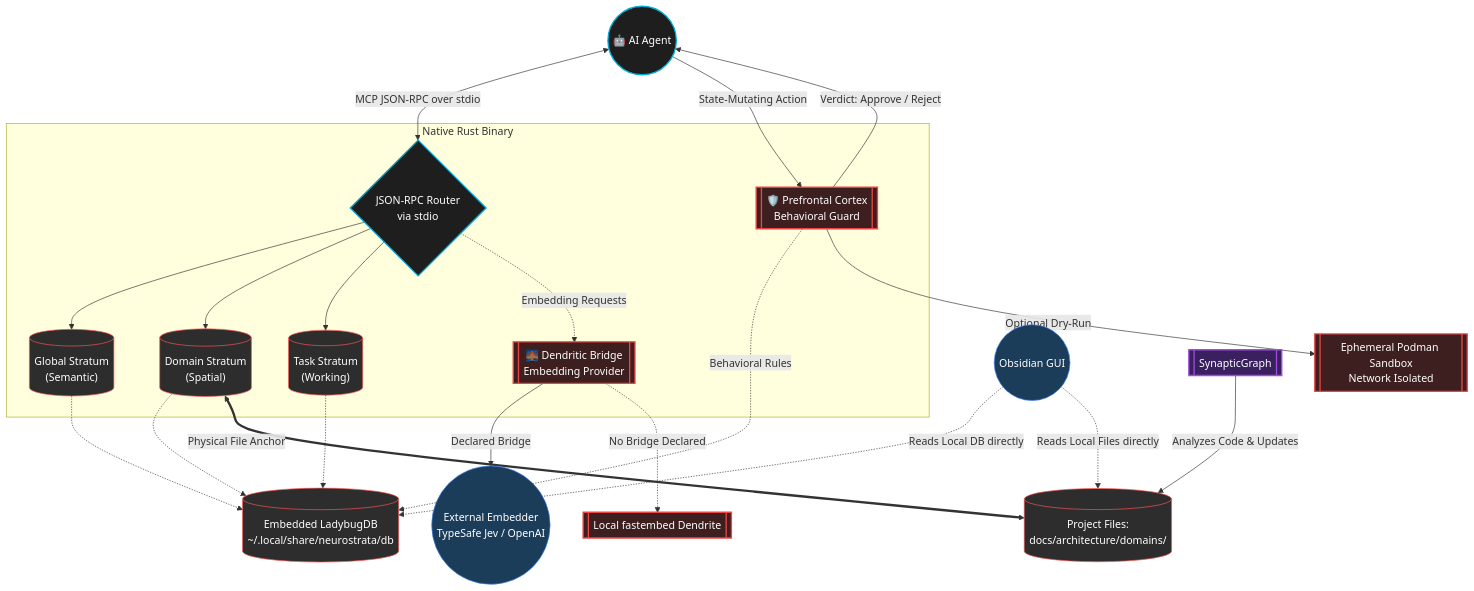
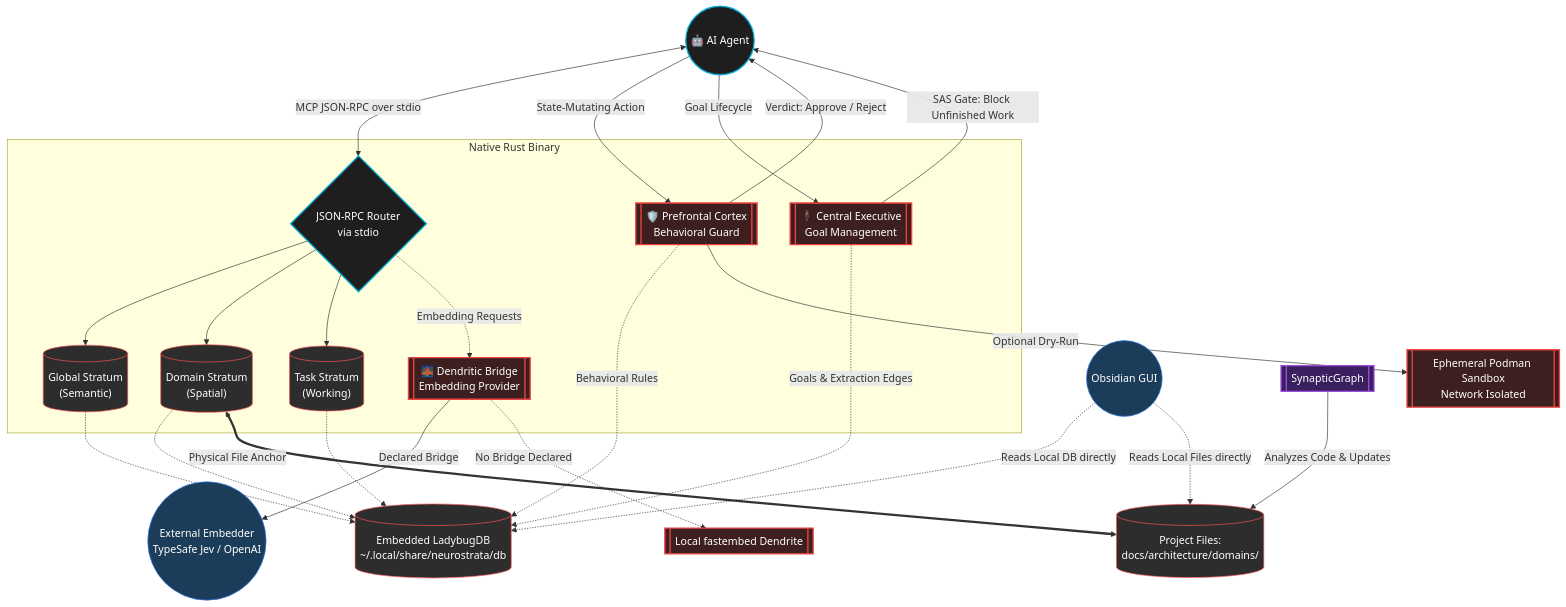
One commit to Cognilogical/NeuroStrata changed the diagram in README.md. Above: the diagram before and after it, drawn with Mermaid. The commit also changed other lines of this file and 24 other files, not shown here.

First line of the commit message:
feat!: Central Executive task subsystem; retire beads; release 1.7.0

````diff
--- a/README.md
+++ b/README.md
@@ -76,60 +82,65 @@
 ```mermaid
 graph TD
     Agent((🤖 AI Agent))
     
     subgraph NeuroStrata MCP Server [Native Rust Binary]
         Router{JSON-RPC Router<br/>via stdio}
         
         Tier1[("Global Stratum<br/>(Semantic)")]
         Tier2[("Domain Stratum<br/>(Spatial)")]
         Tier3[("Task Stratum<br/>(Working)")]
         
         PFC[[🛡️ Prefrontal Cortex<br/>Behavioral Guard]]
+        CE[[🕴️ Central Executive<br/>Goal Management]]
         Dendritic[[🌉 Dendritic Bridge<br/>Embedding Provider]]
     end
     
     LadybugDB[(Embedded LadybugDB<br/>~/.local/share/neurostrata/db)]
     PointerWiki[(Project Files:<br/>docs/architecture/domains/)]
     Obsidian((Obsidian GUI))
     SynapticGraph[[SynapticGraph]]
     Sandbox[[Ephemeral Podman Sandbox<br/>Network Isolated]]
     LocalEmbed[[Local fastembed Dendrite]]
     RemoteAPI((External Embedder<br/>TypeSafe Jev / OpenAI))
     
     Agent <-->|MCP JSON-RPC over stdio| Router
     Router --> Tier1
     Router --> Tier2
     Router --> Tier3
     
     Tier1 -.-> LadybugDB
     Tier2 -.-> LadybugDB
     Tier3 -.-> LadybugDB
     
     Tier2 <==>|Physical File Anchor| PointerWiki
     SynapticGraph -->|Analyzes Code & Updates| PointerWiki
     
     Obsidian -.->|Reads Local DB directly| LadybugDB
     Obsidian -.->|Reads Local Files directly| PointerWiki
     
     Agent -->|State-Mutating Action| PFC
     PFC -->|Verdict: Approve / Reject| Agent
     PFC -.->|Behavioral Rules| LadybugDB
     PFC -->|Optional Dry-Run| Sandbox
     
+    Agent -->|Goal Lifecycle| CE
+    CE -->|SAS Gate: Block Unfinished Work| Agent
+    CE -.->|Goals & Extraction Edges| LadybugDB
+    
     Router -.->|Embedding Requests| Dendritic
     Dendritic -->|Declared Bridge| RemoteAPI
     Dendritic -.->|No Bridge Declared| LocalEmbed
     
     classDef core fill:#1e1e1e,stroke:#00ADD8,stroke-width:2px,color:#fff;
     classDef memory fill:#2d2d2d,stroke:#ff5555,stroke-width:1px,color:#fff;
     classDef engine fill:#3a205e,stroke:#9d4edd,stroke-width:2px,color:#fff;
     classDef tool fill:#1c3d5a,stroke:#3b82f6,stroke-width:1px,color:#fff;
     classDef guard fill:#3d1f1f,stroke:#ef4444,stroke-width:2px,color:#fff;
     
     class Agent,Router core;
     class Tier1,Tier2,Tier3,LadybugDB,PointerWiki memory;
     class SynapticGraph engine;
     class Obsidian tool;
-    class PFC,Dendritic,Sandbox,LocalEmbed guard;
+    class PFC,CE,Dendritic,Sandbox,LocalEmbed guard;
     class RemoteAPI tool;
 ```
````
